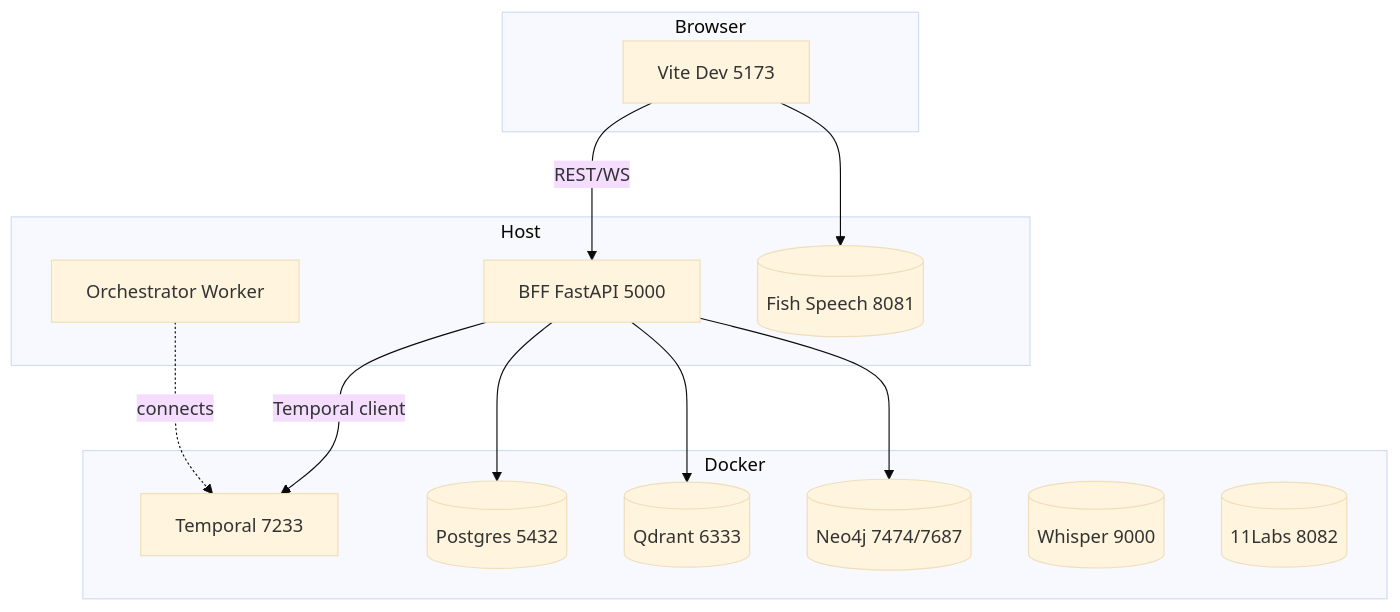
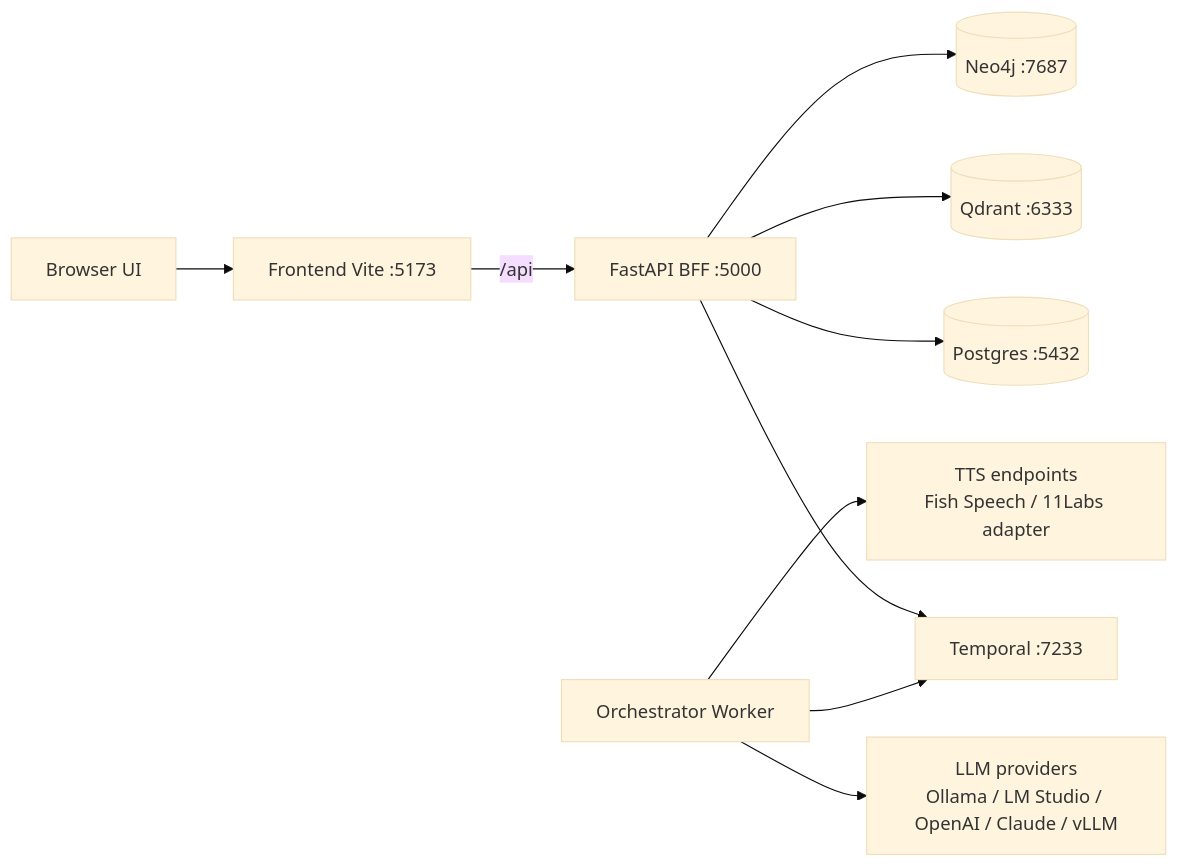
One commit to SweetingTech/SwAIvyn changed the first of 3 diagrams in docs/architecture-and-dataflow.md. Above: the diagram before and after it, drawn with Mermaid (base theme). The commit also changed other lines of this file and 4 other files, not shown here.

Commit message:
docs: refresh deployment, architecture, and external agent guides (#74)

````diff
--- a/docs/architecture-and-dataflow.md
+++ b/docs/architecture-and-dataflow.md
@@ -171,27 +7,14 @@
 ```mermaid
-flowchart TB
-  subgraph Browser
-    VITE[Vite Dev 5173]
-  end
-  subgraph Host
-    BFF[BFF FastAPI 5000]
-    WORKER[Orchestrator Worker]
-    TTS[(Fish Speech 8081)]
-  end
-  subgraph Docker
-    TEMPORAL[Temporal 7233]
-    PG[(Postgres 5432)]
-    QDRANT[(Qdrant 6333)]
-    NEO[(Neo4j 7474/7687)]
-    STT[(Whisper 9000)]
-    ADPT[(11Labs 8082)]
-  end
+flowchart LR
+  U[Browser UI] --> FE[Frontend Vite :5173]
+  FE -->|/api| BFF[FastAPI BFF :5000]
+  BFF --> TMP[Temporal :7233]
+  WRK[Orchestrator Worker] --> TMP
 
-  VITE -- REST/WS --> BFF
-  BFF -- Temporal client --> TEMPORAL
-  WORKER -. connects .-> TEMPORAL
-  BFF --> PG
-  BFF --> QDRANT
-  BFF --> NEO
-  VITE --> TTS
+  BFF --> PG[(Postgres :5432)]
+  BFF --> QD[(Qdrant :6333)]
+  BFF --> NEO[(Neo4j :7687)]
+
+  WRK --> LLM[LLM providers\nOllama / LM Studio / OpenAI / Claude / vLLM]
+  WRK --> TTS[TTS endpoints\nFish Speech / 11Labs adapter]
 ```
````
